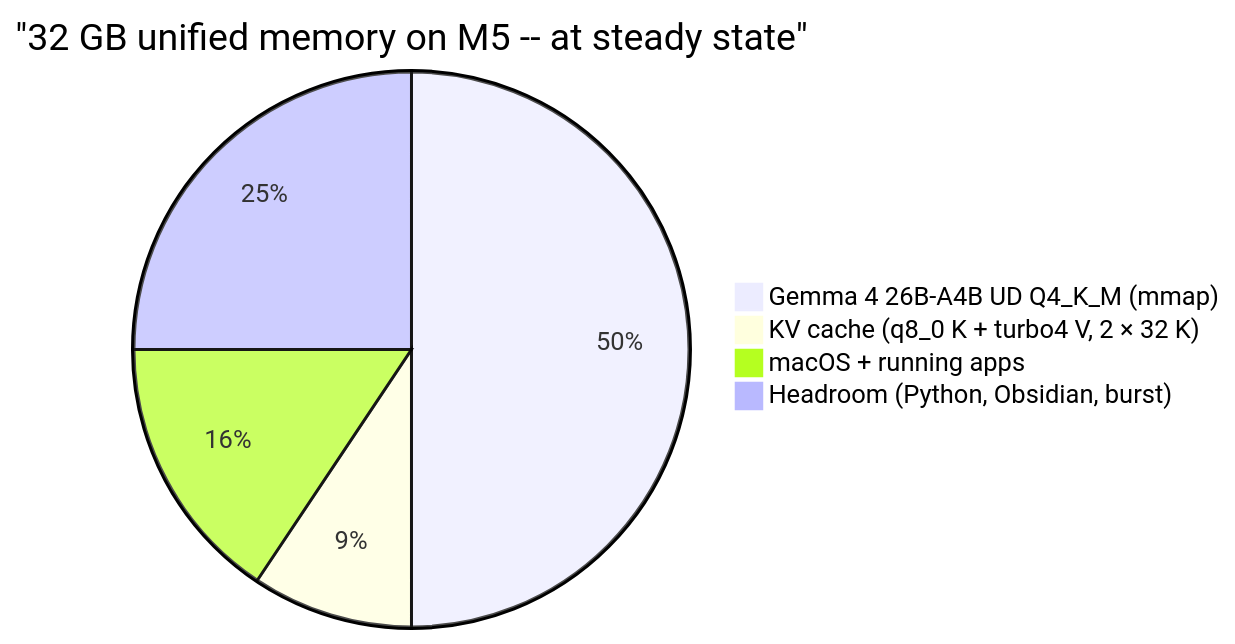
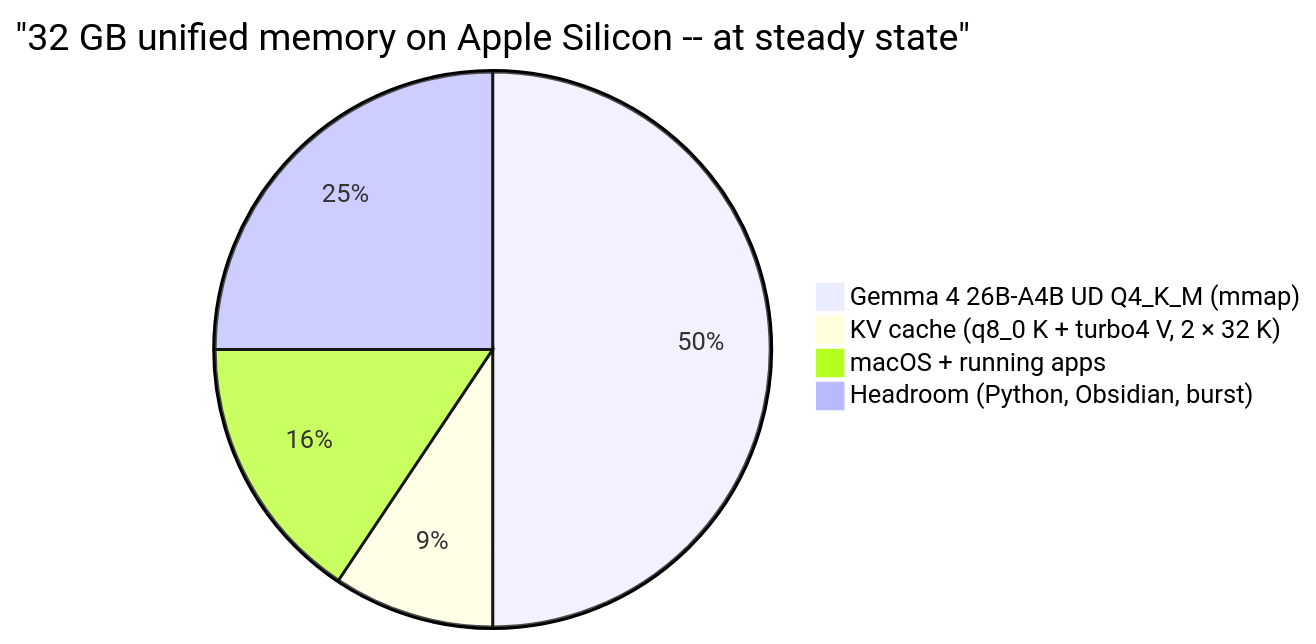
One commit to DimitrisLianos/LLM_Wiki_SecondBrain changed the second of 3 diagrams in docs/arc42/07-deployment-view.md. Above: the diagram before and after it, drawn with Mermaid. The commit also changed other lines of this file and 83 other files, not shown here.

````diff
--- a/docs/arc42/07-deployment-view.md
+++ b/docs/arc42/07-deployment-view.md
@@ -90,7 +101,7 @@
 ```mermaid
-pie title "32 GB unified memory on M5 -- at steady state"
+pie title "32 GB unified memory on Apple Silicon -- at steady state"
  "Gemma 4 26B-A4B UD Q4_K_M (mmap)" : 16
  "KV cache (q8_0 K + turbo4 V, 2 × 32 K)" : 3
  "macOS + running apps" : 5
  "Headroom (Python, Obsidian, burst)" : 8
 ```
````
